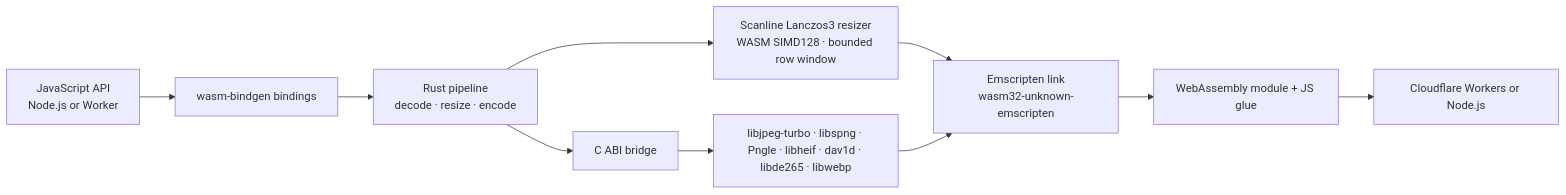
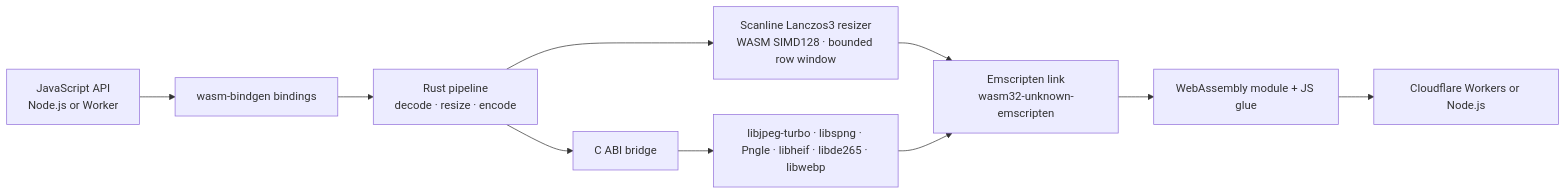
Before and after one commit to mutables-app/image-optimizer: the diagram in README.md, drawn with Mermaid. The commit also changed other lines of this file and 24 other files, not shown here.

````diff
--- a/README.md
+++ b/README.md
@@ -25,12 +25,12 @@
 ```mermaid
 flowchart LR
   API[JavaScript API<br/>Node.js or Worker] --> BIND[wasm-bindgen bindings]
   BIND --> RUST[Rust pipeline<br/>decode · resize · encode]
   RUST --> RESIZE[Scanline Lanczos3 resizer<br/>WASM SIMD128 · bounded row window]
   RUST --> CABI[C ABI bridge]
-  CABI --> CODECS[libjpeg-turbo · libspng · Pngle · libheif · dav1d · libde265 · libwebp]
+  CABI --> CODECS[libjpeg-turbo · libspng · Pngle · libheif · libde265 · libwebp]
   RESIZE --> LINK[Emscripten link<br/>wasm32-unknown-emscripten]
   CODECS --> LINK
   LINK --> WASM[WebAssembly module + JS glue]
   WASM --> HOST[Cloudflare Workers or Node.js]
 ```
````
